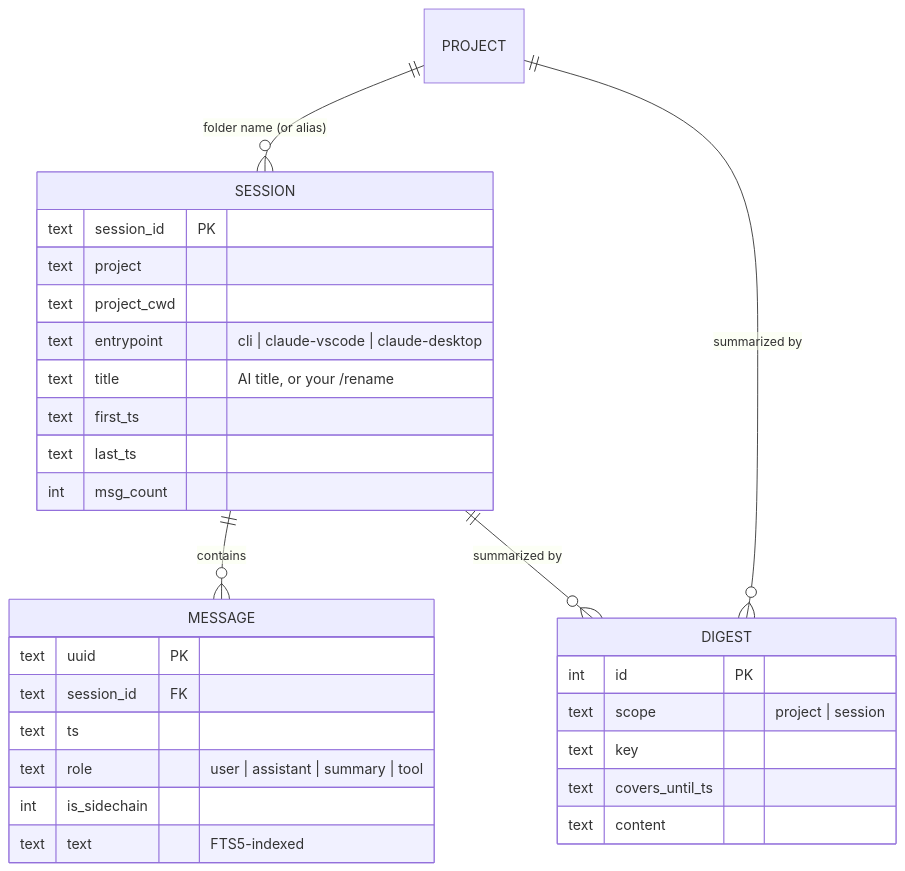
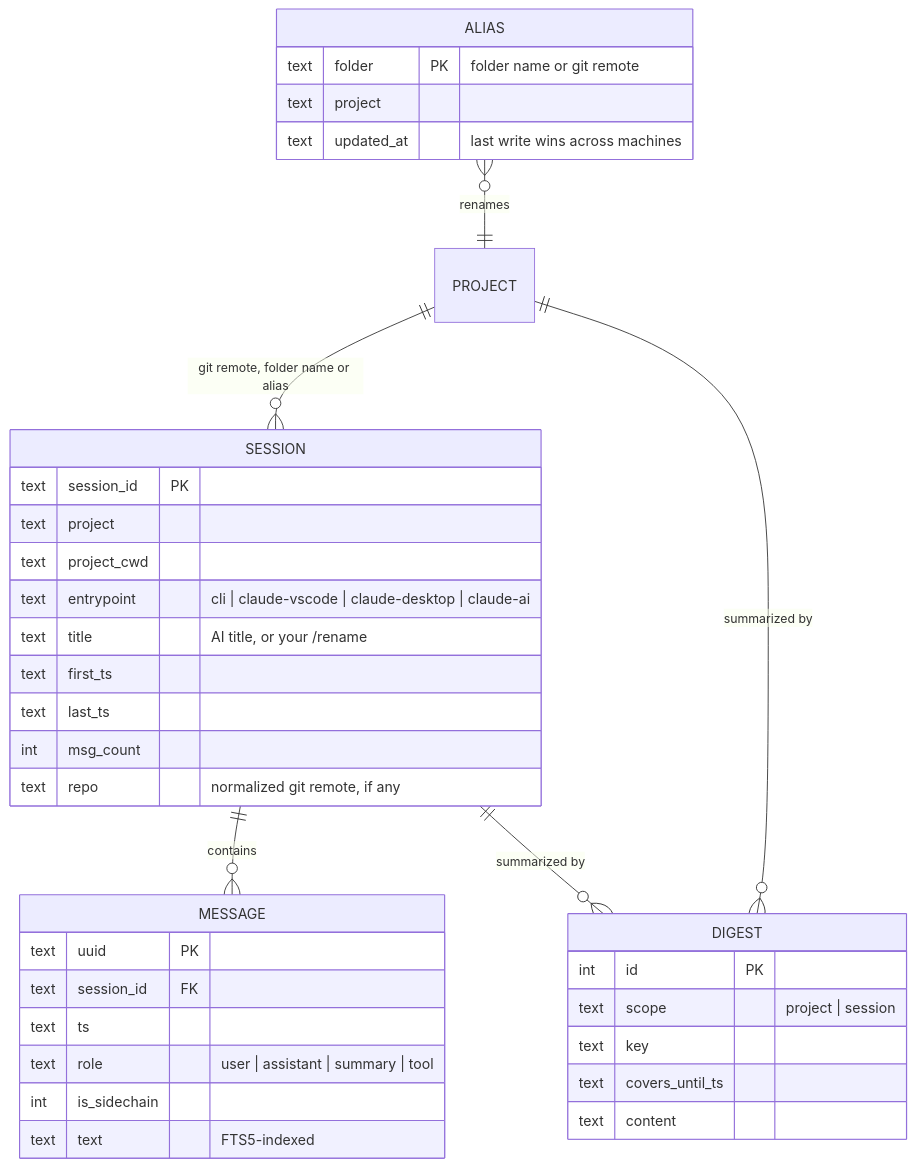
One commit to aavzpy2023/ClaudeBrain changed the second of 2 diagrams in README.md. Above: the diagram before and after it, drawn with Mermaid. The commit also changed other lines of this file, not shown here.

Commit message:
README: diagram, data model and update flow match hook.py, importer and git-aware projects

````diff
--- a/README.md
+++ b/README.md
@@ -104,33 +106,40 @@
 ```mermaid
 erDiagram
-    PROJECT ||--o{ SESSION : "folder name (or alias)"
+    PROJECT ||--o{ SESSION : "git remote, folder name or alias"
     SESSION ||--o{ MESSAGE : contains
     PROJECT ||--o{ DIGEST : "summarized by"
     SESSION ||--o{ DIGEST : "summarized by"
+    ALIAS }o--|| PROJECT : "renames"
 
     SESSION {
         text session_id PK
         text project
         text project_cwd
-        text entrypoint "cli | claude-vscode | claude-desktop"
+        text entrypoint "cli | claude-vscode | claude-desktop | claude-ai"
         text title "AI title, or your /rename"
         text first_ts
         text last_ts
         int  msg_count
+        text repo "normalized git remote, if any"
+    }
+    ALIAS {
+        text folder PK "folder name or git remote"
+        text project
+        text updated_at "last write wins across machines"
     }
     MESSAGE {
         text uuid PK
         text session_id FK
         text ts
         text role "user | assistant | summary | tool"
         int  is_sidechain
         text text "FTS5-indexed"
     }
     DIGEST {
         int  id PK
         text scope "project | session"
         text key
         text covers_until_ts
         text content
     }
 ```
````
